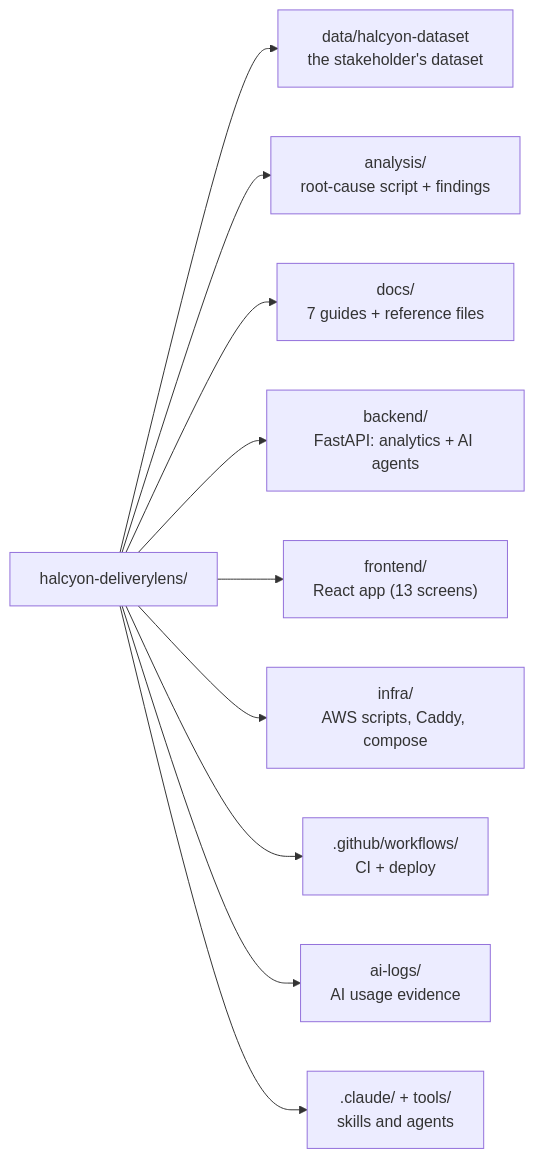
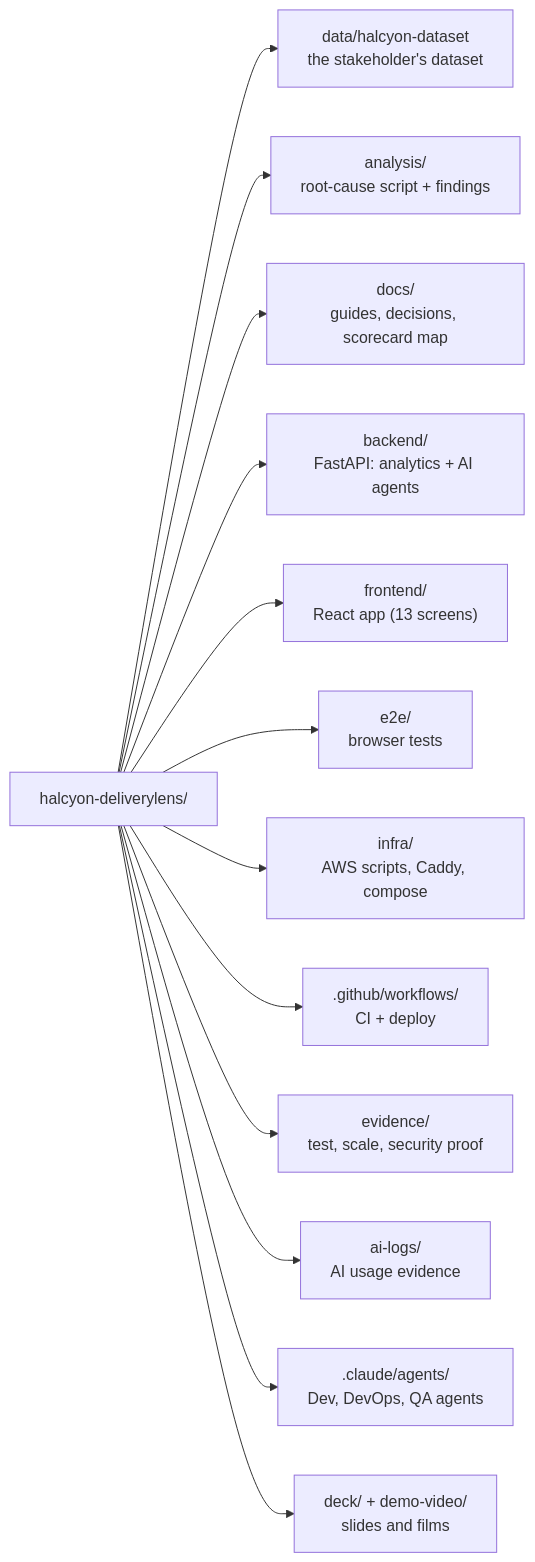
Before and after one commit to saimuthiki/halcyon-deliverylens: the second of 2 diagrams in README.md, drawn with Mermaid. The commit also changed other lines of this file and 803 other files, not shown here.

First line of the commit message:
Clean the repository for the evaluators: keep only the product, docs, evidence and our three role agents

````diff
--- a/README.md
+++ b/README.md
@@ -82,12 +78,15 @@
 ```mermaid
 flowchart LR
   R["halcyon-deliverylens/"] --> D["data/halcyon-dataset<br/>the stakeholder's dataset"]
   R --> AN["analysis/<br/>root-cause script + findings"]
-  R --> DOC["docs/<br/>7 guides + reference files"]
+  R --> DOC["docs/<br/>guides, decisions, scorecard map"]
   R --> BE["backend/<br/>FastAPI: analytics + AI agents"]
   R --> FE["frontend/<br/>React app (13 screens)"]
+  R --> E2E["e2e/<br/>browser tests"]
   R --> IN["infra/<br/>AWS scripts, Caddy, compose"]
   R --> GH[".github/workflows/<br/>CI + deploy"]
+  R --> EV["evidence/<br/>test, scale, security proof"]
   R --> AI["ai-logs/<br/>AI usage evidence"]
-  R --> CL[".claude/ + tools/<br/>skills and agents"]
+  R --> CL[".claude/agents/<br/>Dev, DevOps, QA agents"]
+  R --> PR["deck/ + demo-video/<br/>slides and films"]
 ```
````
